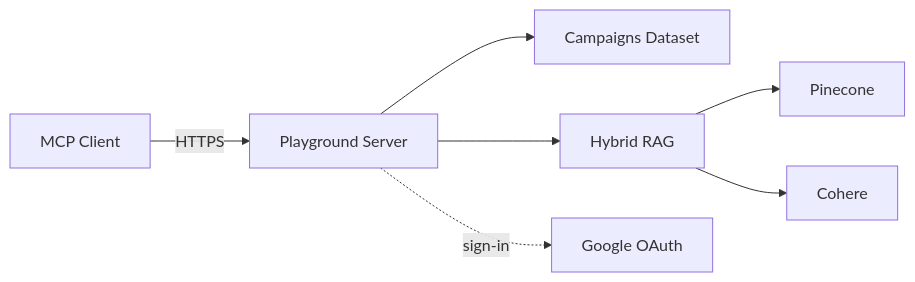
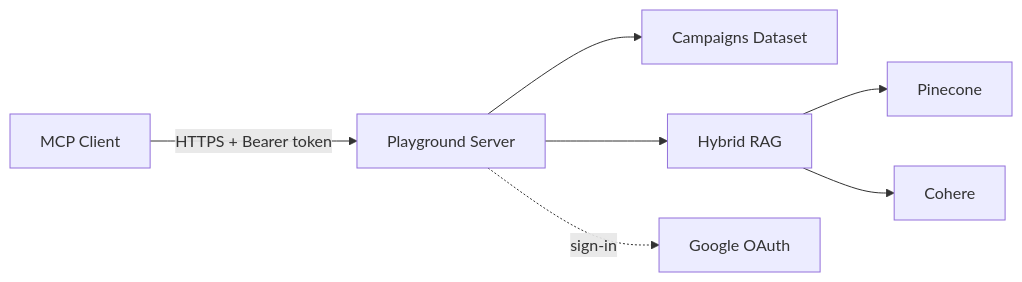
The diagram in README.md (marek5050/mcp-playground), drawn with Mermaid before and after one commit. The commit also changed other lines of this file, not shown here.

````diff
--- a/README.md
+++ b/README.md
@@ -42,9 +47,9 @@
 ```mermaid
 flowchart LR
-    Client[MCP Client] -->|HTTPS| Server[Playground Server]
+    Client[MCP Client] -->|HTTPS + Bearer token| Server[Playground Server]
     Server --> Campaigns[Campaigns Dataset]
     Server --> RAG[Hybrid RAG]
     Server -. sign-in .-> Google[Google OAuth]
     RAG --> Pinecone
     RAG --> Cohere
 ```
````
